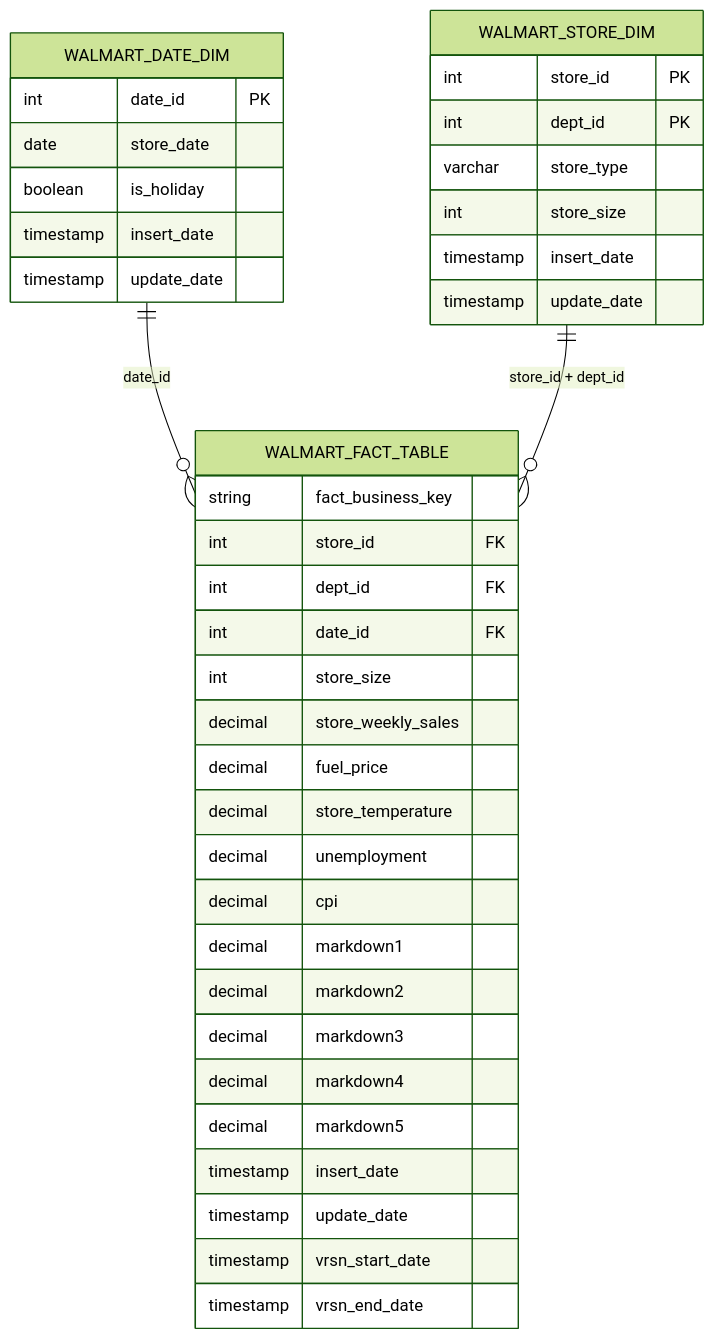
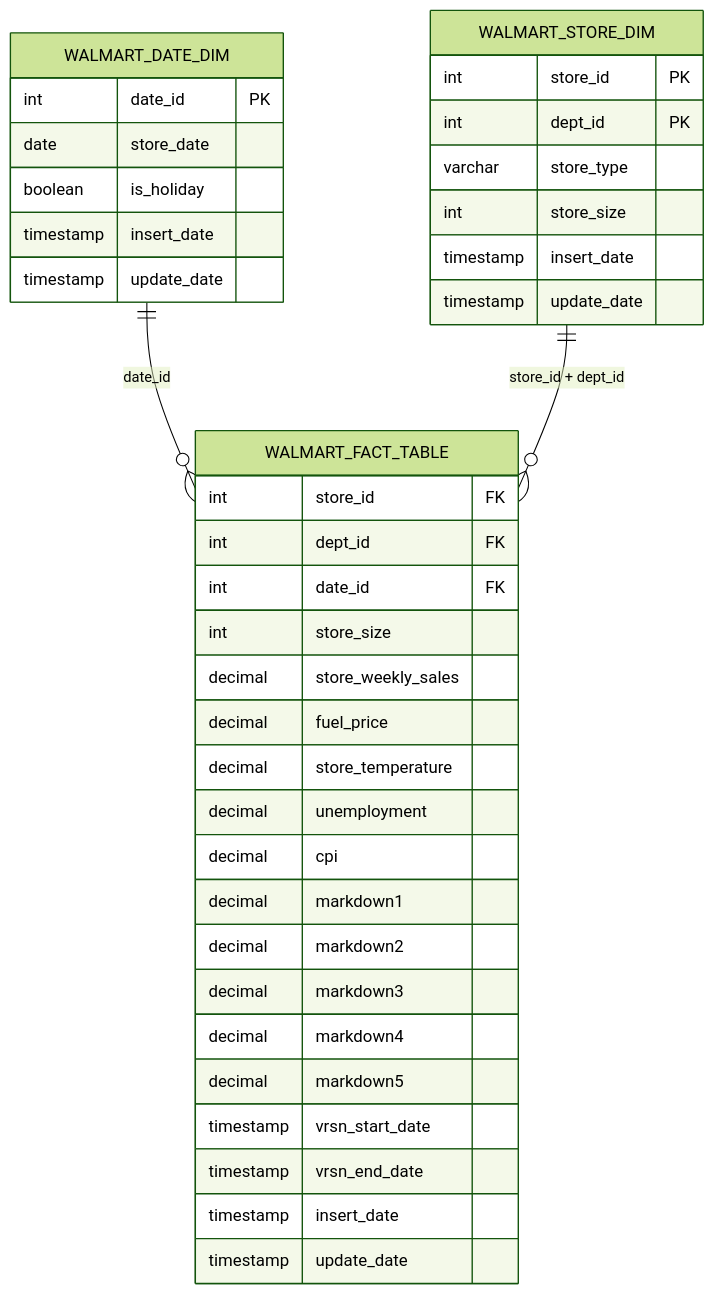
The diagram in docs/data-model-design.md (jenniferarias414/walmart-sales-analytics-engineering), drawn with Mermaid (forest theme) before and after one commit. The commit also changed other lines of this file and 1 other file, not shown here.

````diff
--- a/docs/data-model-design.md
+++ b/docs/data-model-design.md
@@ -34,44 +34,43 @@
 ```mermaid
 erDiagram
     WALMART_DATE_DIM ||--o{ WALMART_FACT_TABLE : "date_id"
     WALMART_STORE_DIM ||--o{ WALMART_FACT_TABLE : "store_id + dept_id"
 
     WALMART_DATE_DIM {
         int date_id PK
         date store_date
         boolean is_holiday
         timestamp insert_date
         timestamp update_date
     }
 
     WALMART_STORE_DIM {
         int store_id PK
         int dept_id PK
         varchar store_type
         int store_size
         timestamp insert_date
         timestamp update_date
     }
 
     WALMART_FACT_TABLE {
-        string fact_business_key
         int store_id FK
         int dept_id FK
         int date_id FK
         int store_size
         decimal store_weekly_sales
         decimal fuel_price
         decimal store_temperature
         decimal unemployment
         decimal cpi
         decimal markdown1
         decimal markdown2
         decimal markdown3
         decimal markdown4
         decimal markdown5
+        timestamp vrsn_start_date
+        timestamp vrsn_end_date
         timestamp insert_date
         timestamp update_date
-        timestamp vrsn_start_date
-        timestamp vrsn_end_date
     }
 ```
````
